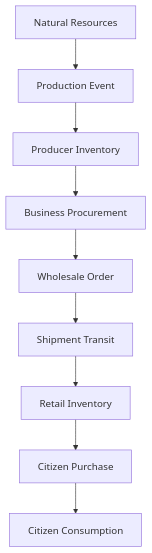
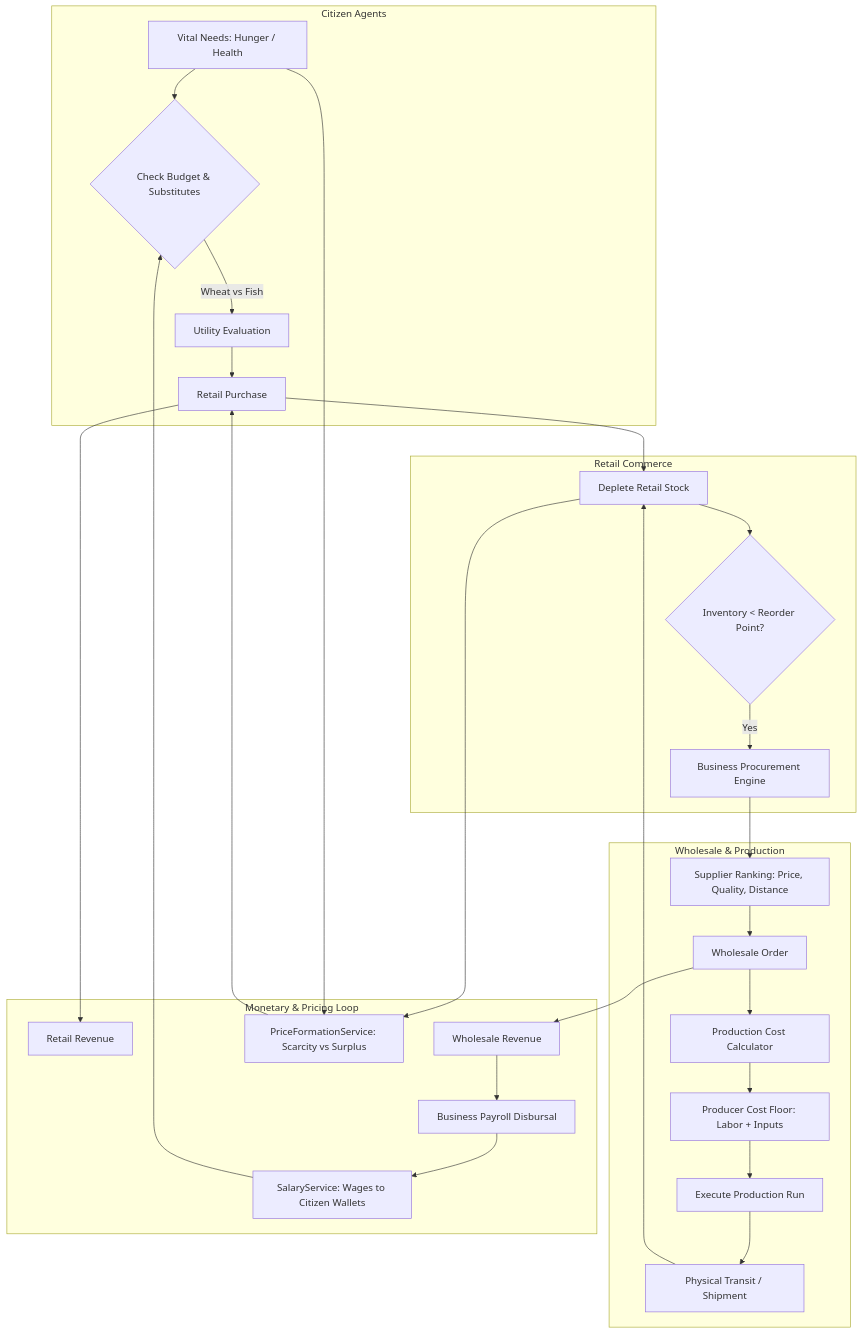
One commit to aayush-mistry/Genesis- changed diagram 22 of 22 in README.md. Above: the diagram before and after it, drawn with Mermaid. The commit also changed other lines of this file and 1 other file, not shown here.

````diff
--- a/README.md
+++ b/README.md
@@ -804,11 +882,34 @@
 ```mermaid
 flowchart TD
-    Nature[Natural Resources] --> Production[Production Event]
-    Production --> ProdInv[Producer Inventory]
-    ProdInv --> Procurement[Business Procurement]
-    Procurement --> Wholesale[Wholesale Order]
-    Wholesale --> Shipment[Shipment Transit]
-    Shipment --> Retail[Retail Inventory]
-    Retail --> CitPurchase[Citizen Purchase]
-    CitPurchase --> CitConsume[Citizen Consumption]
+    subgraph Citizens [Citizen Agents]
+        Needs[Vital Needs: Hunger / Health] --> SubCheck{Check Budget & Substitutes}
+        SubCheck -->|Wheat vs Fish| Decision[Utility Evaluation]
+        Decision --> Purchase[Retail Purchase]
+    end
+
+    subgraph Retail [Retail Commerce]
+        Purchase --> StockDec[Deplete Retail Stock]
+        StockDec --> Reorder{Inventory < Reorder Point?}
+        Reorder -->|Yes| Procurement[Business Procurement Engine]
+    end
+
+    subgraph Wholesale [Wholesale & Production]
+        Procurement --> Ranking[Supplier Ranking: Price, Quality, Distance]
+        Ranking --> PO[Wholesale Order]
+        PO --> ProdCalc[Production Cost Calculator]
+        ProdCalc --> Reservation[Producer Cost Floor: Labor + Inputs]
+        Reservation --> ProdRun[Execute Production Run]
+        ProdRun --> Ship[Physical Transit / Shipment]
+        Ship --> StockDec
+    end
+
+    subgraph Ledgers [Monetary & Pricing Loop]
+        Purchase --> RetRev[Retail Revenue]
+        PO --> WholesRev[Wholesale Revenue]
+        WholesRev --> Payroll[Business Payroll Disbursal]
+        Payroll --> Salary[SalaryService: Wages to Citizen Wallets]
+        Salary --> SubCheck
+        StockDec & Needs --> PriceFormation[PriceFormationService: Scarcity vs Surplus]
+        PriceFormation --> Purchase
+    end
 ```
````
